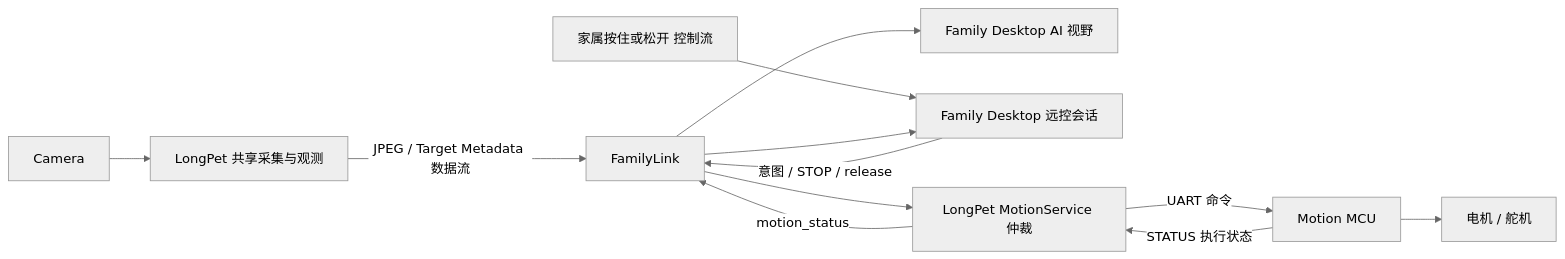
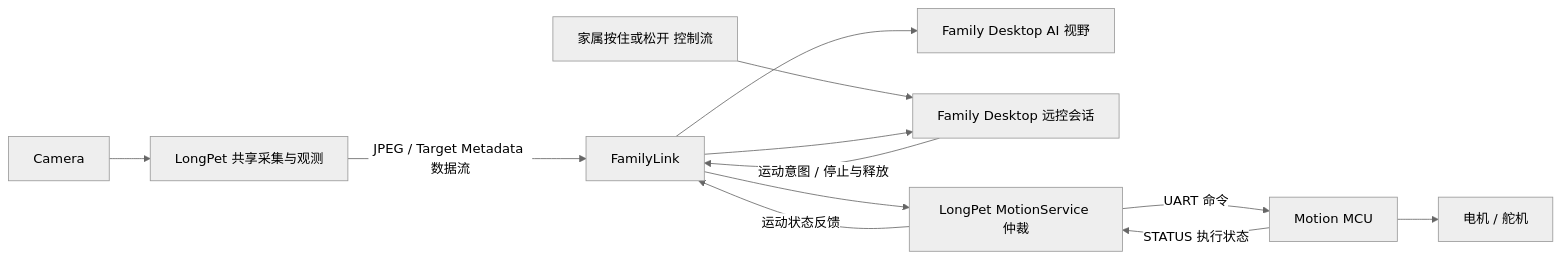
Diagram 42 of 43 in LongPet_产品设计文档.md (Justin-fanfan/Submission_Materials), drawn with Mermaid (neutral theme) before and after one commit. The commit also changed other lines of this file, not shown here.

````diff
--- a/LongPet_产品设计文档.md
+++ b/LongPet_产品设计文档.md
@@ -2091,9 +2091,9 @@
 ```mermaid
 flowchart LR
     CAM[Camera] --> LP[LongPet 共享采集与观测]
     LP -->|JPEG / Target Metadata 数据流| FL[FamilyLink] --> VIEW[Family Desktop AI 视野]
     INPUT[家属按住或松开 控制流] --> FD[Family Desktop 远控会话]
-    FD -->|意图 / STOP / release| FL --> ARB[LongPet MotionService 仲裁]
+    FD -->|运动意图 / 停止与释放| FL --> ARB[LongPet MotionService 仲裁]
     ARB -->|UART 命令| MCU[Motion MCU] --> ACT[电机 / 舵机]
-    MCU -->|STATUS 执行状态| ARB -->|motion_status| FL --> FD
+    MCU -->|STATUS 执行状态| ARB -->|运动状态反馈| FL --> FD
 ```
````
